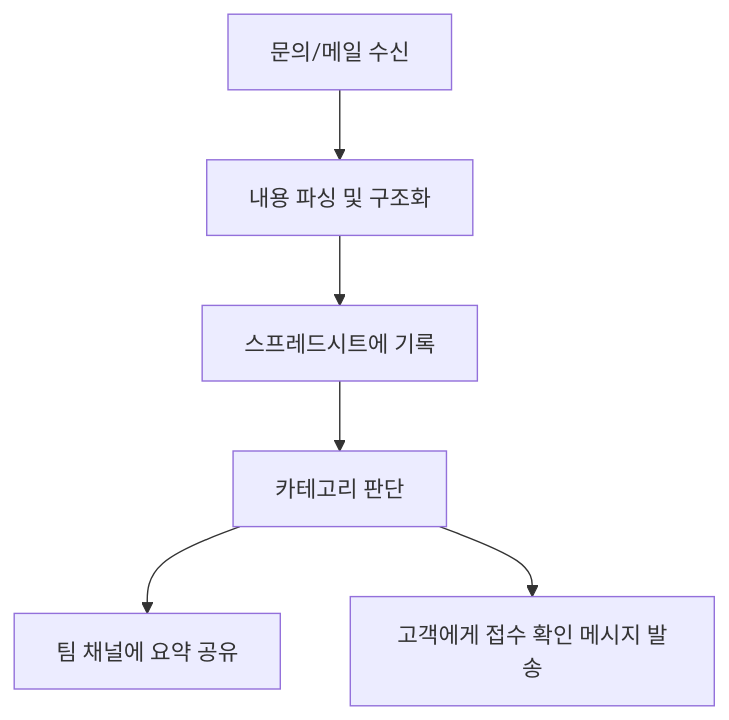
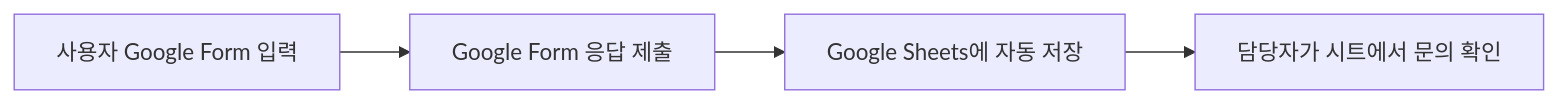
Before and after one commit to Astrophotographer/codysseyb1-3: the diagram in docs/project1-automation-tool-comparison.md, drawn with Mermaid. The commit also changed other lines of this file and 4 other files, not shown here.

Commit message:
docs: simplify project1 google form workflow

````diff
--- a/docs/project1-automation-tool-comparison.md
+++ b/docs/project1-automation-tool-comparison.md
@@ -40,8 +15,6 @@
 ```mermaid
-flowchart TD
-    A[문의/메일 수신] --> B[내용 파싱 및 구조화]
-    B --> C[스프레드시트에 기록]
-    C --> D[카테고리 판단]
-    D --> E[팀 채널에 요약 공유]
-    D --> F[고객에게 접수 확인 메시지 발송]
+flowchart LR
+    A[사용자 Google Form 입력] --> B[Google Form 응답 제출]
+    B --> C[Google Sheets에 자동 저장]
+    C --> D[담당자가 시트에서 문의 확인]
 ```
````
